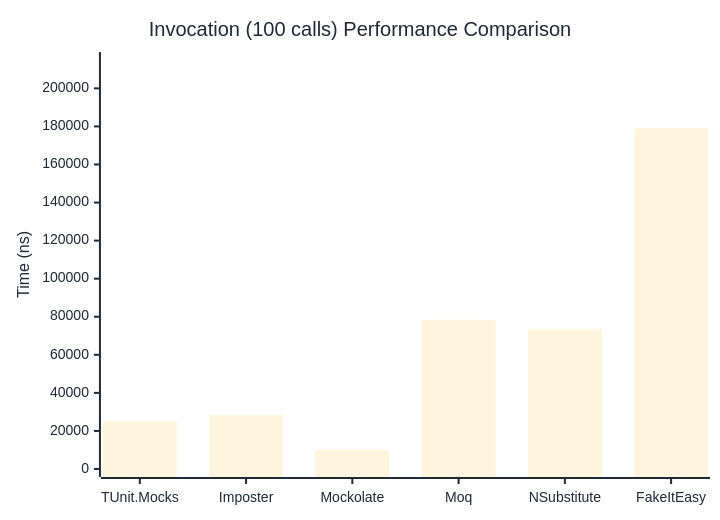
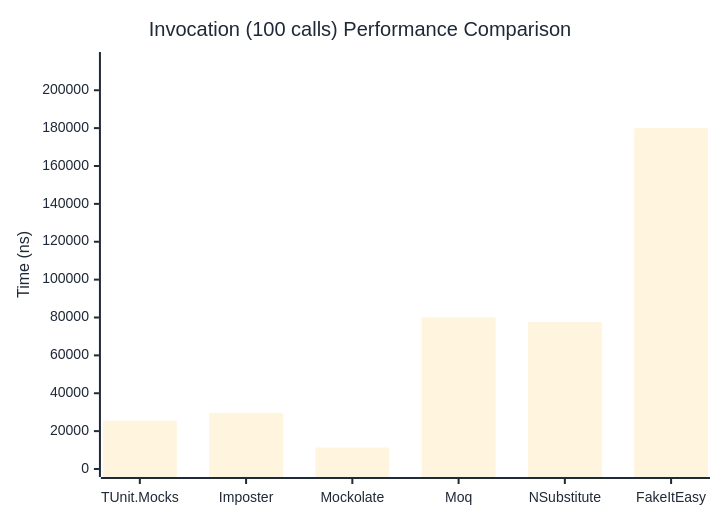
The third of 3 diagrams in docs/docs/benchmarks/mocks/Invocation.md (thomhurst/TUnit), drawn with Mermaid before and after one commit. The commit also changed other lines of this file and 14 other files, not shown here.

````diff
--- a/docs/docs/benchmarks/mocks/Invocation.md
+++ b/docs/docs/benchmarks/mocks/Invocation.md
@@ -110,27 +110,27 @@
 ```mermaid
 %%{init: {
   'theme':'base',
   'themeVariables': {
     'primaryColor': '#2563eb',
     'primaryTextColor': '#1f2937',
     'primaryBorderColor': '#1e40af',
     'lineColor': '#6b7280',
     'secondaryColor': '#7c3aed',
     'tertiaryColor': '#dc2626',
     'background': '#ffffff',
     'pie1': '#2563eb',
     'pie2': '#7c3aed',
     'pie3': '#dc2626',
     'pie4': '#f59e0b',
     'pie5': '#10b981',
     'pie6': '#06b6d4',
     'pie7': '#ec4899',
     'pie8': '#6366f1'
   }
 }}%%
 xychart-beta
   title "Invocation (100 calls) Performance Comparison"
   x-axis ["TUnit.Mocks", "Imposter", "Mockolate", "Moq", "NSubstitute", "FakeItEasy"]
-  y-axis "Time (ns)" 0 --> 214902
-  bar [25338.88, 28352.41, 9987.21, 78412.94, 73600.61, 179084.48]
+  y-axis "Time (ns)" 0 --> 215973
+  bar [25534.5, 29698.5, 11329, 80134.7, 77699.9, 179977.1]
 ```
````
